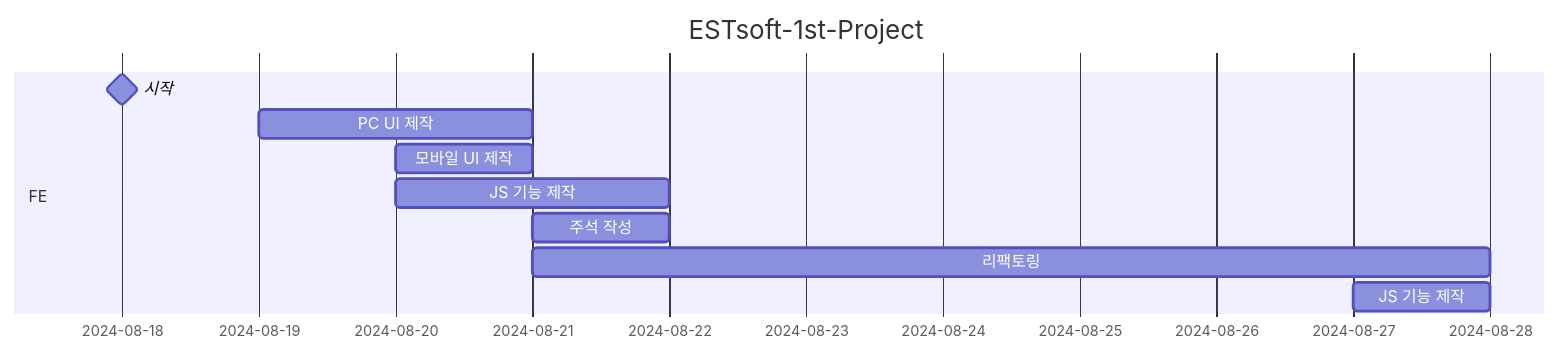
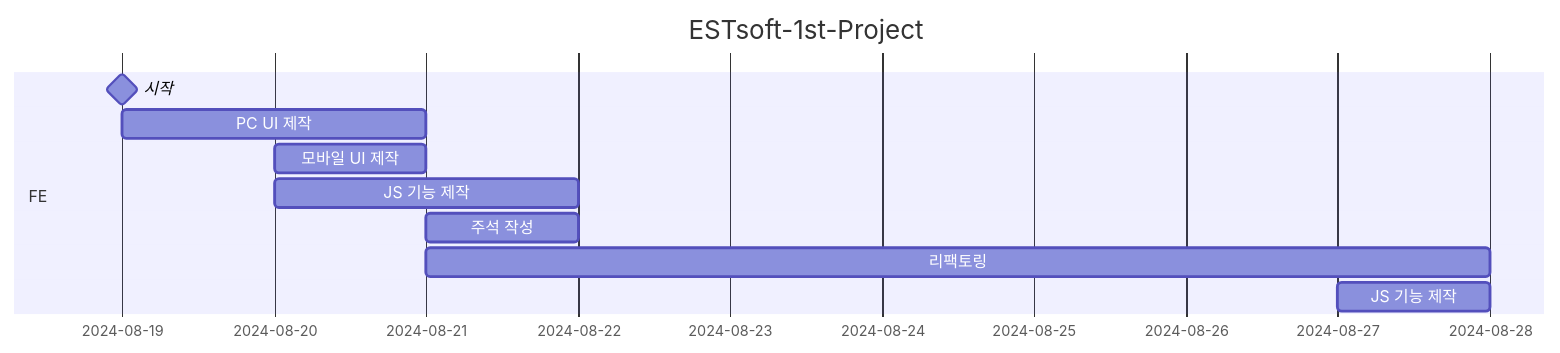
The diagram in README.md (Jindo-Dog/ESTsoft), drawn with Mermaid before and after one commit.

Commit message:
docs: README update

````diff
--- a/README.md
+++ b/README.md
@@ -75,15 +75,15 @@
 ```mermaid
 gantt
     title ESTsoft-1st-Project
     dateFormat YYYY-MM-DD
     axisFormat  %Y-%m-%d
     
     section FE
-        시작: milestone, 2024-08-18, 1min
+        시작: milestone, 2024-08-19, 1min
         PC UI 제작:2024-08-19, 2d
         모바일 UI 제작:2024-08-20, 1d
         JS 기능 제작:2024-08-20, 2d
         주석 작성:2024-08-21, 1d
         리팩토링:2024-08-21, 7d
         JS 기능 제작:2024-08-27, 1d
 ```
````
